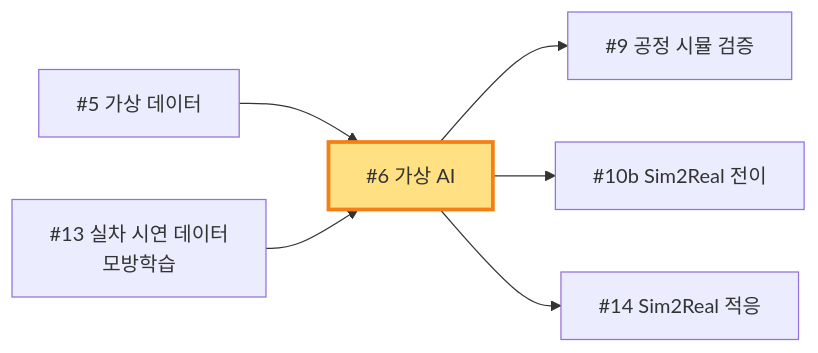
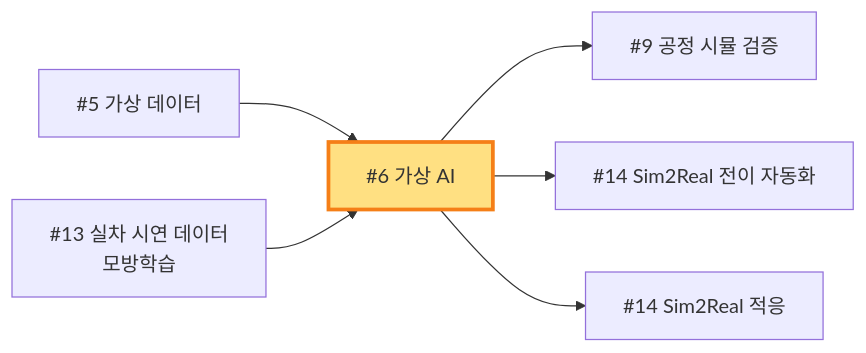
One commit to rebirther00/report changed the sixth of 15 diagrams in 11. DT/항목별_연계_다이어그램_v1.md. Above: the diagram before and after it, drawn with Mermaid. The commit also changed other lines of this file and 4 other files, not shown here.

````diff
--- a/11. DT/항목별_연계_다이어그램_v1.md
+++ b/11. DT/항목별_연계_다이어그램_v1.md
@@ -141,11 +141,11 @@
 ```mermaid
 graph LR
     I5[#5 가상 데이터] --> X
     I13[#13 실차 시연 데이터<br/>모방학습] --> X
     
     X[#6 가상 AI] --> I9[#9 공정 시뮬 검증]
-    X --> I10b[#10b Sim2Real 전이]
+    X --> I14_pipeline[#14 Sim2Real 전이 자동화]
     X --> I14[#14 Sim2Real 적응]
     
     style X fill:#FFE082,stroke:#F57F17,stroke-width:3px
 ```
````
